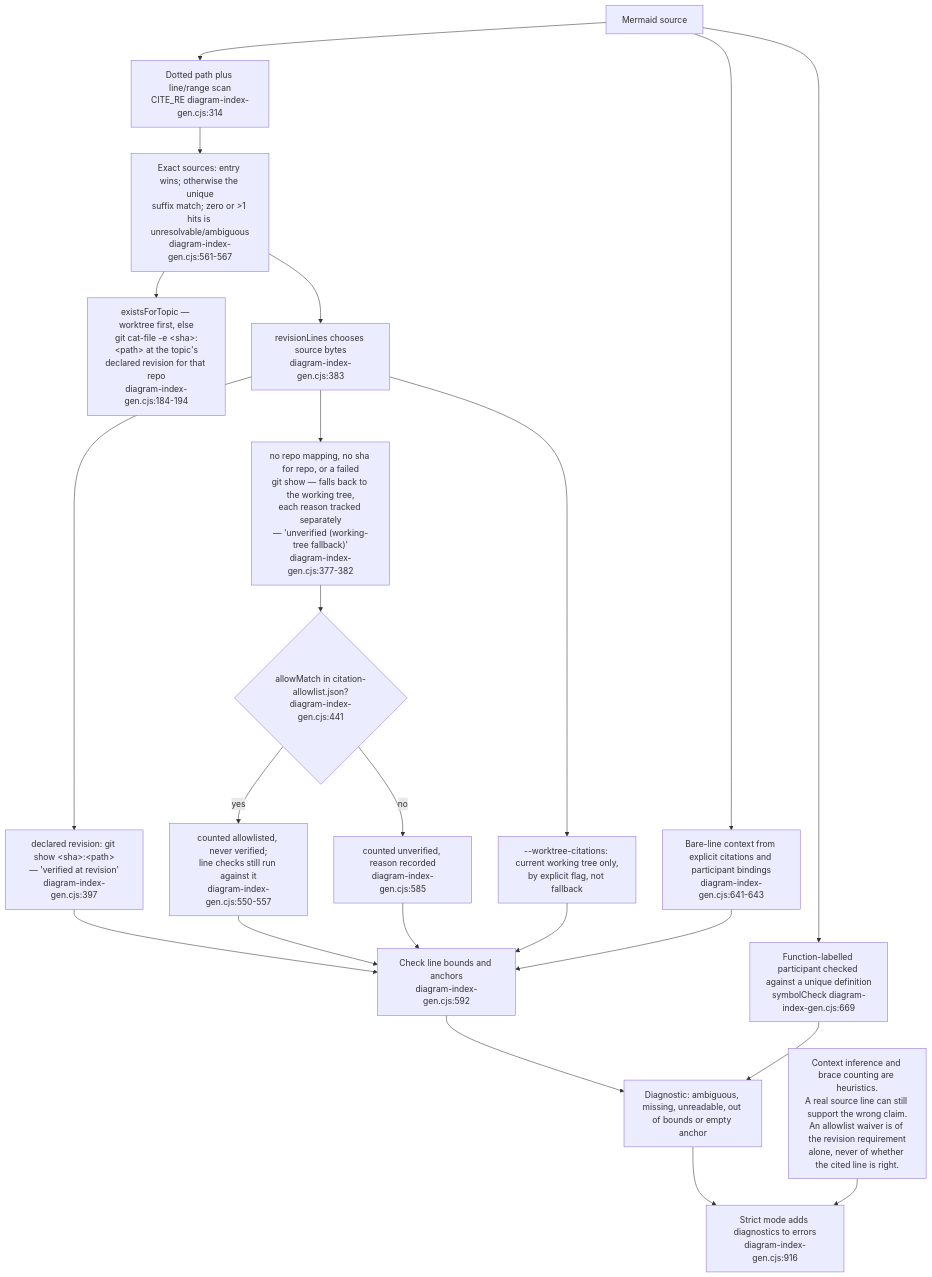
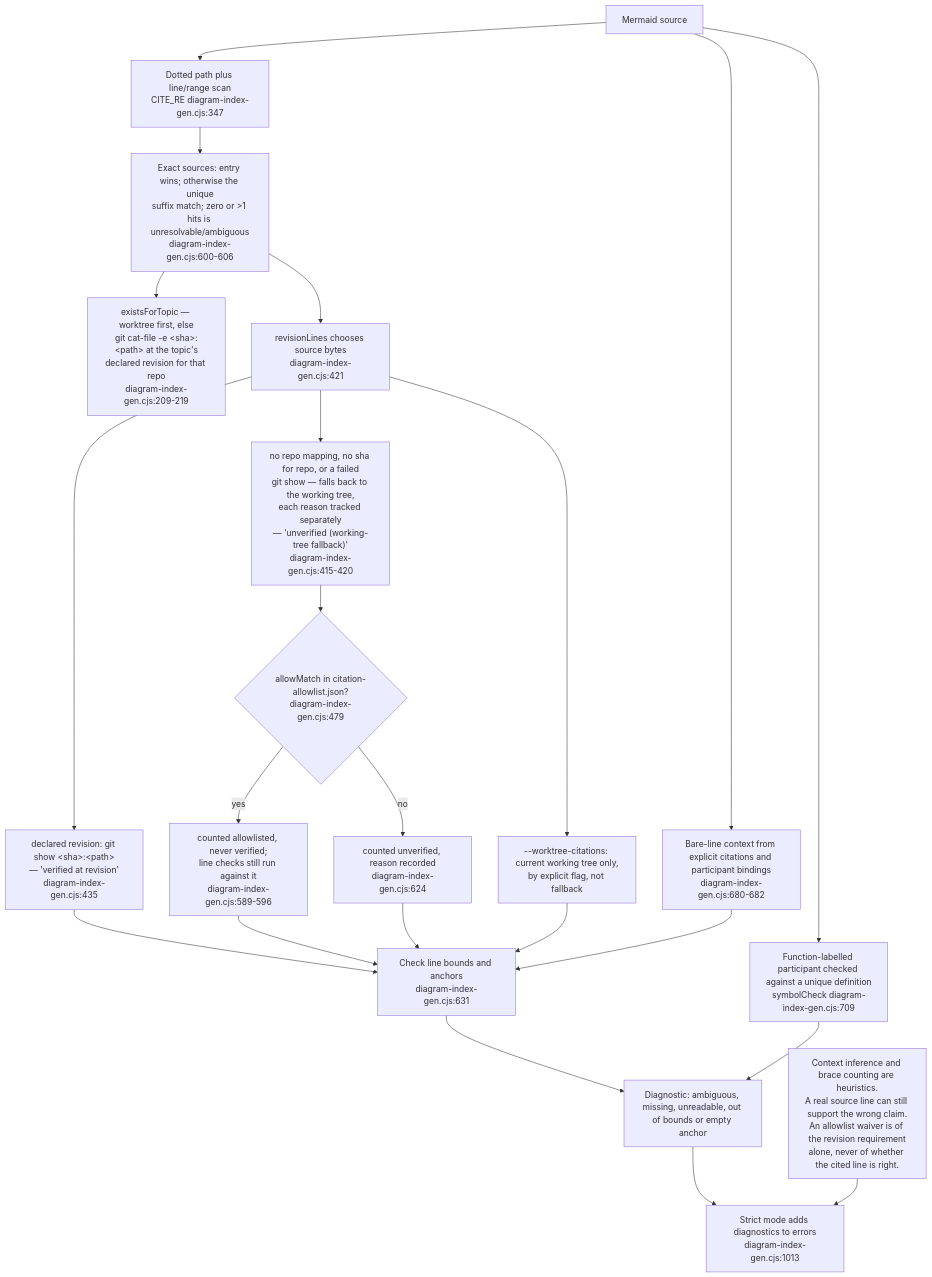
The tenth of 16 diagrams in docs/diagrams/visionflow/06-diagram-tooling.md (DreamLab-AI/VisionFlow), drawn with Mermaid before and after one commit. The commit also changed other lines of this file and 2 other files, not shown here.

First line of the commit message:
docs(diagrams): visionflow pass B at VisionFlow dae9ac0 (PRs #43, #44, #45)

````diff
--- a/docs/diagrams/visionflow/06-diagram-tooling.md
+++ b/docs/diagrams/visionflow/06-diagram-tooling.md
@@ -313,24 +319,24 @@
 ```mermaid
 flowchart TB
-    A["Mermaid source"] --> SCAN["Dotted path plus line/range scan<br/>CITE_RE diagram-index-gen.cjs:314"]
-    SCAN --> MATCH["Exact sources: entry wins; otherwise the unique<br/>suffix match; zero or >1 hits is unresolvable/ambiguous<br/>diagram-index-gen.cjs:561-567"]
-    MATCH --> EXIST["existsForTopic — worktree first, else<br/>git cat-file -e &lt;sha&gt;:&lt;path&gt; at the topic's<br/>declared revision for that repo<br/>diagram-index-gen.cjs:184-194"]
-    MATCH --> MODE["revisionLines chooses source bytes<br/>diagram-index-gen.cjs:383"]
-    MODE --> PIN["declared revision: git show &lt;sha&gt;:&lt;path&gt;<br/>— 'verified at revision'<br/>diagram-index-gen.cjs:397"]
-    MODE --> WT["no repo mapping, no sha for repo, or a failed<br/>git show — falls back to the working tree,<br/>each reason tracked separately<br/>— 'unverified (working-tree fallback)'<br/>diagram-index-gen.cjs:377-382"]
+    A["Mermaid source"] --> SCAN["Dotted path plus line/range scan<br/>CITE_RE diagram-index-gen.cjs:347"]
+    SCAN --> MATCH["Exact sources: entry wins; otherwise the unique<br/>suffix match; zero or >1 hits is unresolvable/ambiguous<br/>diagram-index-gen.cjs:600-606"]
+    MATCH --> EXIST["existsForTopic — worktree first, else<br/>git cat-file -e &lt;sha&gt;:&lt;path&gt; at the topic's<br/>declared revision for that repo<br/>diagram-index-gen.cjs:209-219"]
+    MATCH --> MODE["revisionLines chooses source bytes<br/>diagram-index-gen.cjs:421"]
+    MODE --> PIN["declared revision: git show &lt;sha&gt;:&lt;path&gt;<br/>— 'verified at revision'<br/>diagram-index-gen.cjs:435"]
+    MODE --> WT["no repo mapping, no sha for repo, or a failed<br/>git show — falls back to the working tree,<br/>each reason tracked separately<br/>— 'unverified (working-tree fallback)'<br/>diagram-index-gen.cjs:415-420"]
     MODE --> WTFLAG["--worktree-citations: current working tree only,<br/>by explicit flag, not fallback"]
-    PIN --> READ["Check line bounds and anchors<br/>diagram-index-gen.cjs:592"]
-    WT --> WAIVE{"allowMatch in citation-allowlist.json?<br/>diagram-index-gen.cjs:441"}
-    WAIVE -->|yes| ALLOWED["counted allowlisted, never verified;<br/>line checks still run against it<br/>diagram-index-gen.cjs:550-557"]
-    WAIVE -->|no| UNVER["counted unverified, reason recorded<br/>diagram-index-gen.cjs:585"]
+    PIN --> READ["Check line bounds and anchors<br/>diagram-index-gen.cjs:631"]
+    WT --> WAIVE{"allowMatch in citation-allowlist.json?<br/>diagram-index-gen.cjs:479"}
+    WAIVE -->|yes| ALLOWED["counted allowlisted, never verified;<br/>line checks still run against it<br/>diagram-index-gen.cjs:589-596"]
+    WAIVE -->|no| UNVER["counted unverified, reason recorded<br/>diagram-index-gen.cjs:624"]
     ALLOWED --> READ
     UNVER --> READ
     WTFLAG --> READ
-    A --> BARE["Bare-line context from explicit citations and participant bindings<br/>diagram-index-gen.cjs:641-643"]
+    A --> BARE["Bare-line context from explicit citations and participant bindings<br/>diagram-index-gen.cjs:680-682"]
     BARE --> READ
-    A --> SYMBOL["Function-labelled participant checked against a unique definition<br/>symbolCheck diagram-index-gen.cjs:669"]
+    A --> SYMBOL["Function-labelled participant checked against a unique definition<br/>symbolCheck diagram-index-gen.cjs:709"]
     READ --> DIAG["Diagnostic: ambiguous, missing, unreadable, out of bounds or empty anchor"]
     SYMBOL --> DIAG
-    DIAG --> EXIT["Strict mode adds diagnostics to errors<br/>diagram-index-gen.cjs:916"]
+    DIAG --> EXIT["Strict mode adds diagnostics to errors<br/>diagram-index-gen.cjs:1013"]
     LIMIT["Context inference and brace counting are heuristics.<br/>A real source line can still support the wrong claim.<br/>An allowlist waiver is of the revision requirement<br/>alone, never of whether the cited line is right."] --> EXIT
 ```
````
